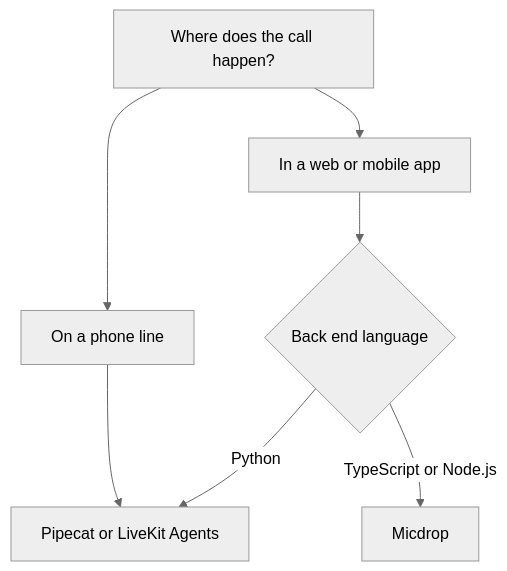
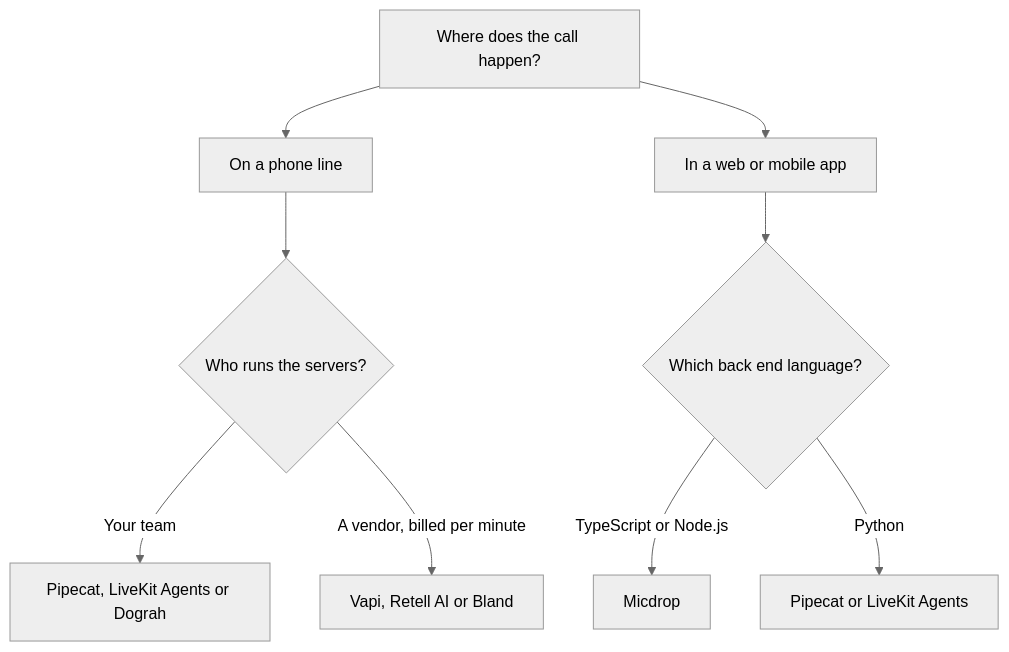
Before and after one commit to Godefroy/micdrop: the diagram in website/src/content/blog/alternative-to-vocode/index.mdx, drawn with Mermaid (neutral theme). The commit also changed other lines of this file, not shown here.

````diff
--- a/website/src/content/blog/alternative-to-vocode/index.mdx
+++ b/website/src/content/blog/alternative-to-vocode/index.mdx
@@ -242,9 +297,11 @@
 ```mermaid
 graph TD
   A[Where does the call happen?] --> B[On a phone line]
   A --> C[In a web or mobile app]
-  B --> D[Pipecat or LiveKit Agents]
-  C --> E{Back end language}
+  B --> G{Who runs the servers?}
+  G -->|Your team| H[Pipecat, LiveKit Agents or Dograh]
+  G -->|A vendor, billed per minute| I[Vapi, Retell AI or Bland]
+  C --> E{Which back end language?}
   E -->|TypeScript or Node.js| F[Micdrop]
-  E -->|Python| D
+  E -->|Python| D[Pipecat or LiveKit Agents]
 ```
````
